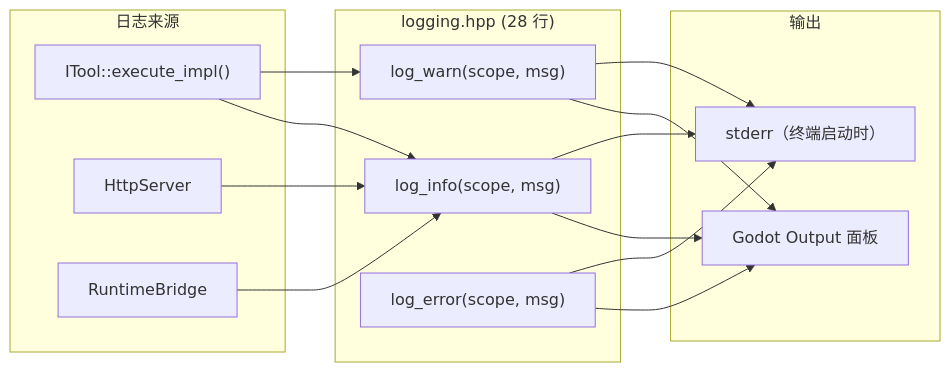
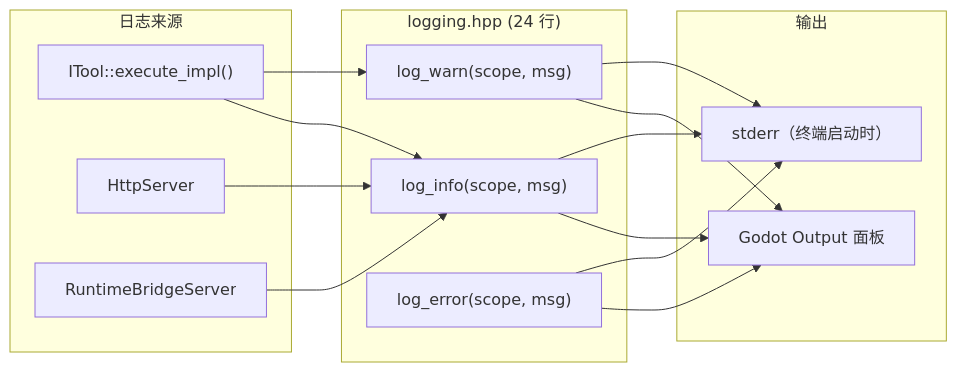
Before and after one commit to jesspig/GodotMCP-GDExtension: the diagram in .repo_wiki/modules/logging.md, drawn with Mermaid. The commit also changed other lines of this file and 41 other files, not shown here.

````diff
--- a/.repo_wiki/modules/logging.md
+++ b/.repo_wiki/modules/logging.md
@@ -7,27 +7,27 @@
 ```mermaid
 flowchart LR
     subgraph Source["日志来源"]
         TOOL["ITool::execute_impl()"]
         HTTP["HttpServer"]
-        BRIDGE["RuntimeBridge"]
+        BRIDGE["RuntimeBridgeServer"]
     end
-    subgraph Logging["logging.hpp (28 行)"]
+    subgraph Logging["logging.hpp (24 行)"]
         INFO["log_info(scope, msg)"]
         WARN["log_warn(scope, msg)"]
         ERR["log_error(scope, msg)"]
     end
     subgraph Output["输出"]
         OP["Godot Output 面板"]
         STDERR["stderr（终端启动时）"]
     end
     TOOL --> INFO
     TOOL --> WARN
     HTTP --> INFO
     BRIDGE --> INFO
     INFO --> OP
     WARN --> OP
     ERR --> OP
     INFO --> STDERR
     WARN --> STDERR
     ERR --> STDERR
 ```
````
